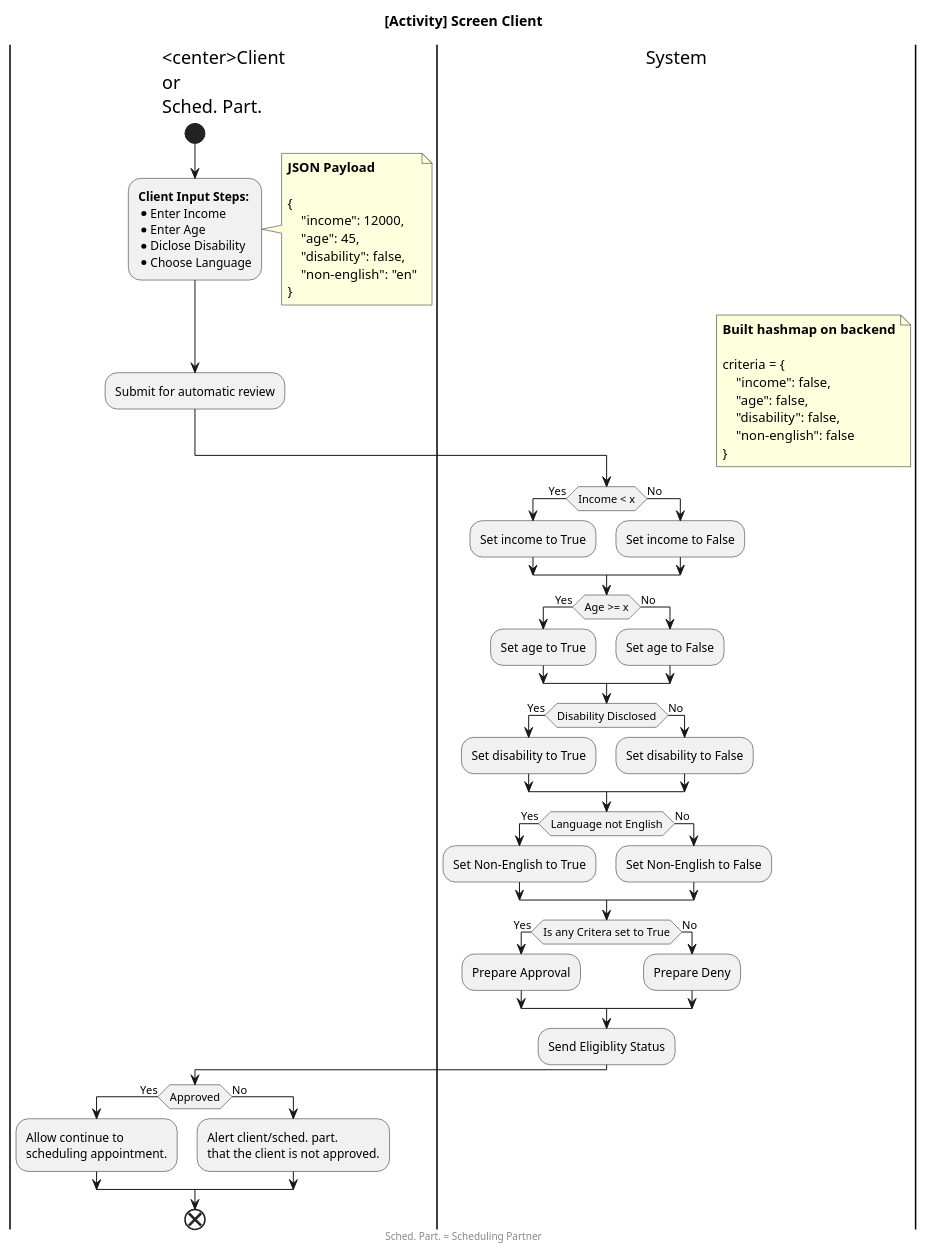
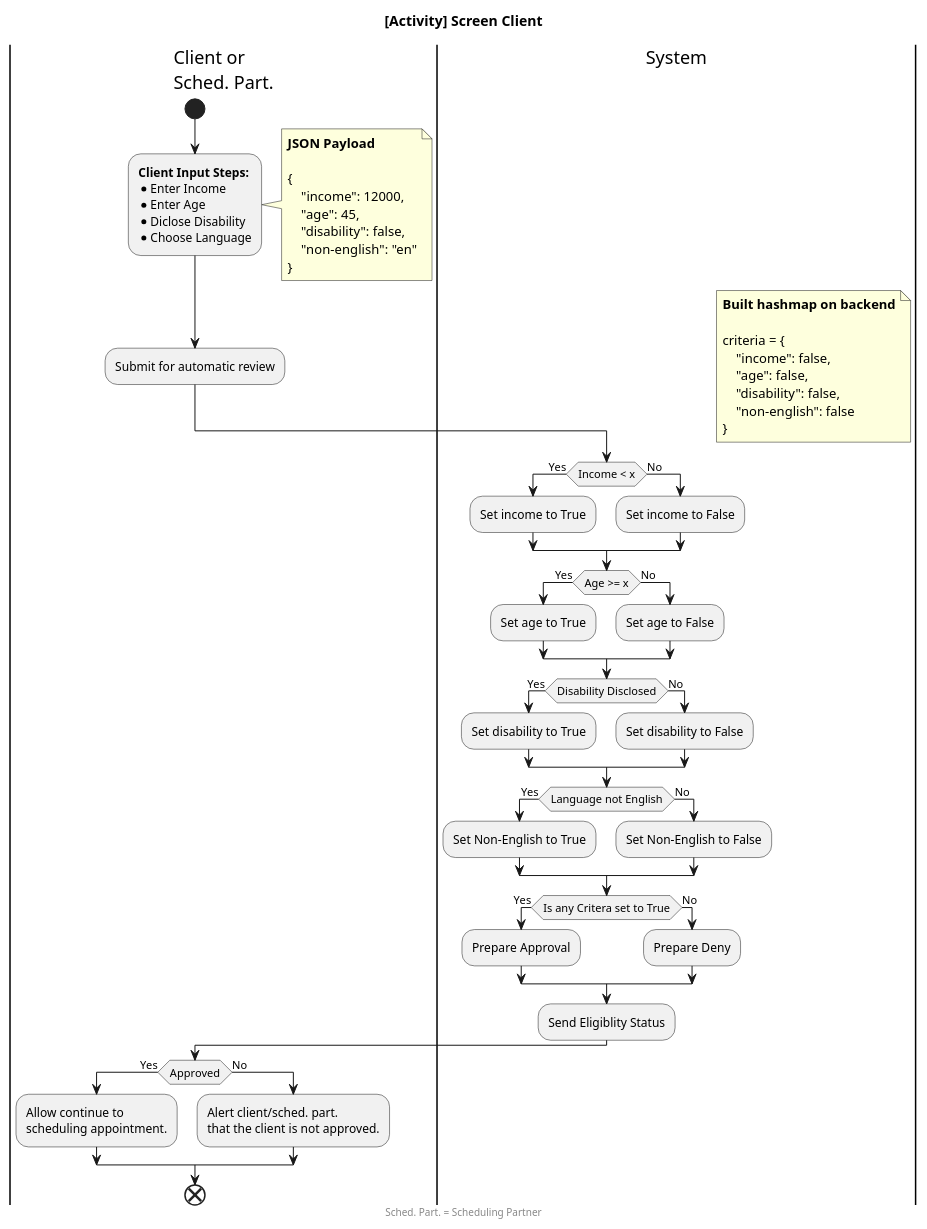
One commit to ItzNxthaniel/cisc260-final-reservation-itznxthaniel changed the diagram in diagrams/src/activity_diagrams/screen_client.puml. Above: the diagram before and after it, drawn with PlantUML.

Commit message:
Cleanup swimlane titles

```diff
--- a/diagrams/src/activity_diagrams/screen_client.puml
+++ b/diagrams/src/activity_diagrams/screen_client.puml
@@ -1,76 +1,76 @@
 @startuml "[Activity] VITA Reserve - Screen Client"
 skinparam ConditionEndStyle hline
 title "[Activity] Screen Client"
 
-|<center>Client\nor\nSched. Part.|
+|Client or\nSched. Part.|
 start
 :<b>Client Input Steps:</b>
 * Enter Income
 * Enter Age
 * Diclose Disability
 * Choose Language;
 note right
     **JSON Payload**
     <font:monospaced>
     {
         "income": 12000,
         "age": 45,
         "disability": false,
         "non-english": "en"
     }
 end note
 :Submit for automatic review;
 
 |System|
 floating note right
     **Built hashmap on backend**
     <font:monospaced>
     criteria = {
         "income": false,
         "age": false,
         "disability": false,
         "non-english": false
     }
 end note
 if (Income < x) then (Yes)
     :Set income to True;
 else (No)
     :Set income to False;
 endif
 
 if (Age >= x) then (Yes)
     :Set age to True;
 else (No)
     :Set age to False;
 endif
 
 if (Disability Disclosed) then (Yes)
     :Set disability to True;
 else (No)
     :Set disability to False;
 endif
 
 if (Language not English) then (Yes)
     :Set Non-English to True;
 else (No)
     :Set Non-English to False;
 endif
 
 if (Is any Critera set to True) then (Yes)
     :Prepare Approval;
 else (No)
     :Prepare Deny;
 endif
 
 :Send Eligiblity Status;
 
-|<center>Client\nor\nSched. Part.|
+|Client or\nSched. Part.|
 if (Approved) then (Yes)
     :Allow continue to\nscheduling appointment.;
 else (No)
     :Alert client/sched. part. \nthat the client is not approved.;
 endif
 
 end
 footer Sched. Part. = Scheduling Partner
 @enduml
```
